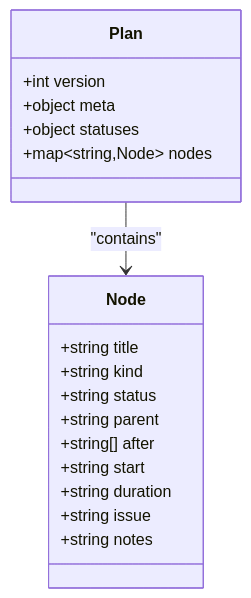
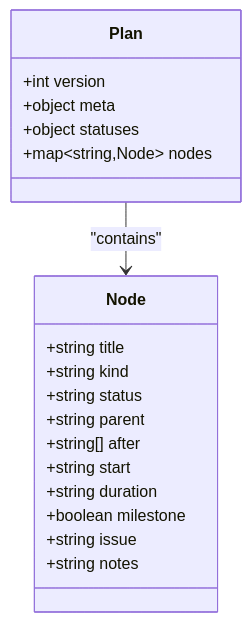
Before and after one commit to asukhodko/opskarta: the sixth of 9 diagrams in .qoder/repowiki/en/content/Specification Reference/Specification Reference.md, drawn with Mermaid. The commit also changed other lines of this file and 6 other files, not shown here.

````diff
--- a/.qoder/repowiki/en/content/Specification Reference/Specification Reference.md
+++ b/.qoder/repowiki/en/content/Specification Reference/Specification Reference.md
@@ -247,21 +294,22 @@
 ```mermaid
 classDiagram
 class Node {
 +string title
 +string kind
 +string status
 +string parent
 +string[] after
 +string start
 +string duration
++boolean milestone
 +string issue
 +string notes
 }
 class Plan {
 +int version
 +object meta
 +object statuses
 +map~string,Node~ nodes
 }
 Plan --> Node : "contains"
 ```
````
